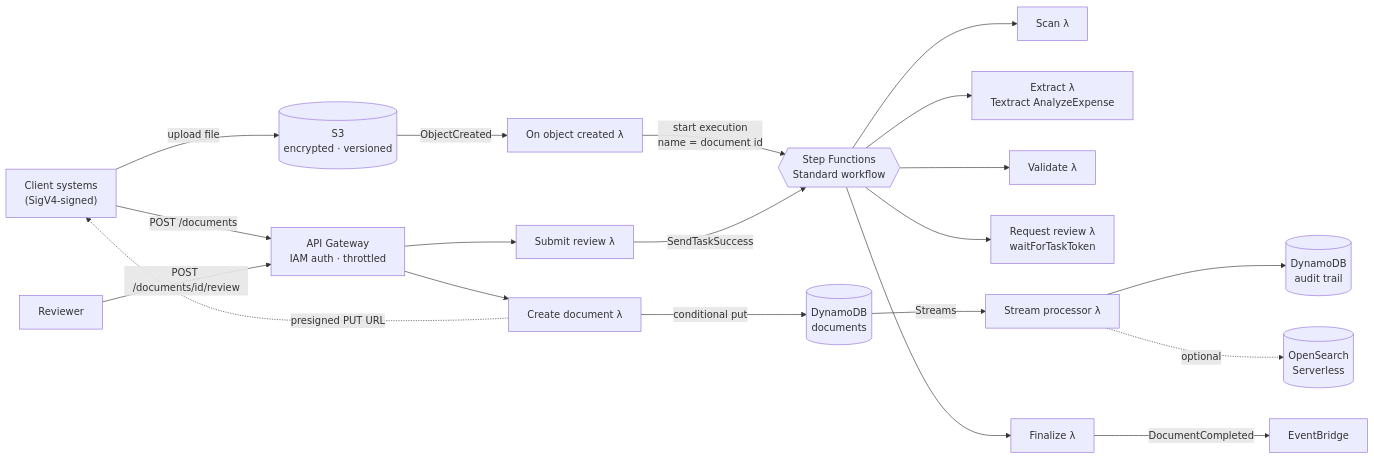
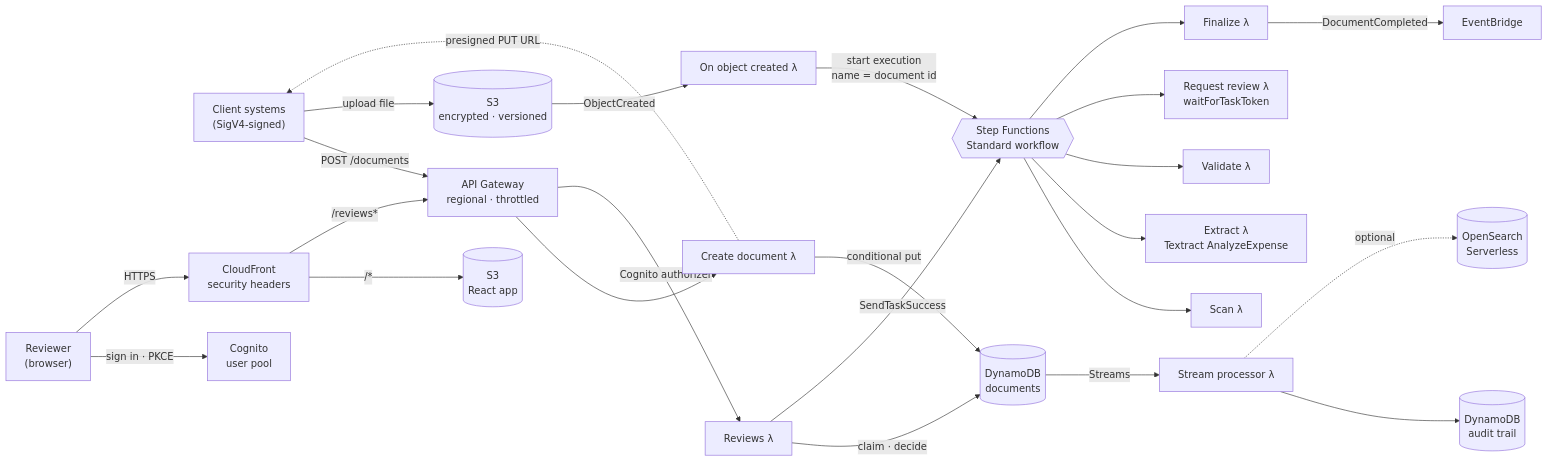
The first of 2 diagrams in README.md (10vin10-cmd/document-ingestion-reference), drawn with Mermaid before and after one commit. The commit also changed other lines of this file and 47 other files, not shown here.

First line of the commit message:
Add React reviewer app for human-in-the-loop review

````diff
--- a/README.md
+++ b/README.md
@@ -15,17 +19,23 @@
 ```mermaid
 flowchart LR
-    client["Client systems<br/>(SigV4-signed)"] -->|POST /documents| api["API Gateway<br/>IAM auth · throttled"]
+    client["Client systems<br/>(SigV4-signed)"] -->|POST /documents| api["API Gateway<br/>regional · throttled"]
     api --> create["Create document λ"]
     create -->|conditional put| ddb[("DynamoDB<br/>documents")]
     create -.->|presigned PUT URL| client
     client -->|upload file| s3[("S3<br/>encrypted · versioned")]
     s3 -->|ObjectCreated| onCreated["On object created λ"]
     onCreated -->|start execution<br/>name = document id| sfn{{"Step Functions<br/>Standard workflow"}}
-    sfn --> scan["Scan λ"] & extract["Extract λ<br/>Textract AnalyzeExpense"] & validate["Validate λ"] & review["Request review λ<br/>waitForTaskToken"] & finalize["Finalize λ"]
-    reviewer["Reviewer"] -->|POST /documents/id/review| api
-    api --> submit["Submit review λ"] -->|SendTaskSuccess| sfn
+    sfn --> scan["Scan λ"] & extract["Extract λ<br/>Textract AnalyzeExpense"] & validate["Validate λ"] & park["Request review λ<br/>waitForTaskToken"] & finalize["Finalize λ"]
     finalize -->|DocumentCompleted| bus["EventBridge"]
     ddb -->|Streams| stream["Stream processor λ"]
     stream --> audit[("DynamoDB<br/>audit trail")]
     stream -.->|optional| search[("OpenSearch<br/>Serverless")]
+
+    reviewer["Reviewer<br/>(browser)"] -->|sign in · PKCE| cognito["Cognito<br/>user pool"]
+    reviewer -->|HTTPS| cf["CloudFront<br/>security headers"]
+    cf -->|/*| site[("S3<br/>React app")]
+    cf -->|/reviews*| api
+    api -->|Cognito authorizer| reviews["Reviews λ"]
+    reviews -->|claim · decide| ddb
+    reviews -->|SendTaskSuccess| sfn
 ```
````
